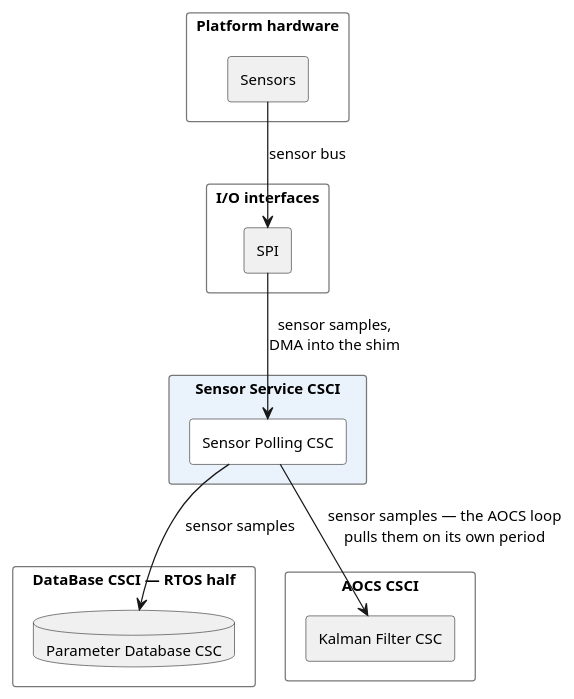
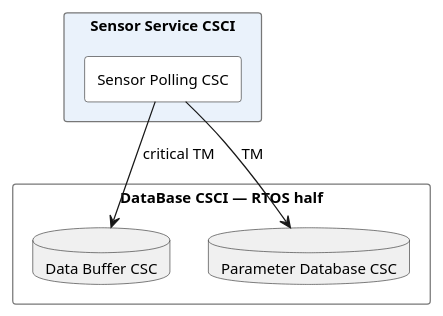
One commit to seapit/urban-memory changed the diagram in docs/puml/obc-csci-sensor-service.puml. Above: the diagram before and after it, drawn with PlantUML. The commit also changed 8 other files, not shown here.

Commit message:
Update plantuml sources, add linux-domain database diagram

```diff
--- a/docs/puml/obc-csci-sensor-service.puml
+++ b/docs/puml/obc-csci-sensor-service.puml
@@ -1,52 +1,34 @@
 @startuml
-' Sensor Service CSCI — the CSCI in full, with every relation that crosses its boundary.
-' Everything drawn in grey is context: it is shown only far enough to say what
-' this CSCI talks to. The whole picture is in obc-csci-full.puml.
-' GENERATED from obc-csci-full.puml — edit that file, then re-run split.py.
-
 skinparam componentStyle rectangle
 skinparam packageStyle rectangle
 skinparam shadowing false
 skinparam nodesep 30
 skinparam ranksep 58
 skinparam defaultFontSize 12
 skinparam wrapWidth 240
 skinparam package {
   BackgroundColor #FFFFFF
   BorderColor #777777
 }
 skinparam component {
   BackgroundColor #FFFFFF
   BorderColor #333333
 }
 skinparam database {
   BackgroundColor #FFFFFF
   BorderColor #333333
 }
 
-' ---------------------------------------------- the CSCI under view
 package "Sensor Service CSCI" as SENS #EAF2FB {
   component "Sensor Polling CSC" as POLL
 }
 
-' ---------------------------------------------- context only
 package "DataBase CSCI — RTOS half" as DBRT {
+  database "Data Buffer CSC" as DBUF #F0F0F0
   database "Parameter Database CSC" as PDB #F0F0F0
 }
-package "AOCS CSCI" as AOCS {
-  component "Kalman Filter CSC" as FILTER #F0F0F0
-}
-package "I/O interfaces" as IFACE {
-  component "SPI" as SPI #F0F0F0
-}
-package "Platform hardware" as PHW {
-  component "Sensors" as SNS #F0F0F0
-}
 
-' ---------------------------------------------- across its boundary
-POLL --> PDB : sensor samples
-POLL --> FILTER : sensor samples — the AOCS loop\npulls them on its own period
-SPI --> POLL : sensor samples,\nDMA into the shim
-SNS --> SPI : sensor bus
+POLL --> DBUF : critical TM
+POLL --> PDB : TM
 
 @enduml
```
